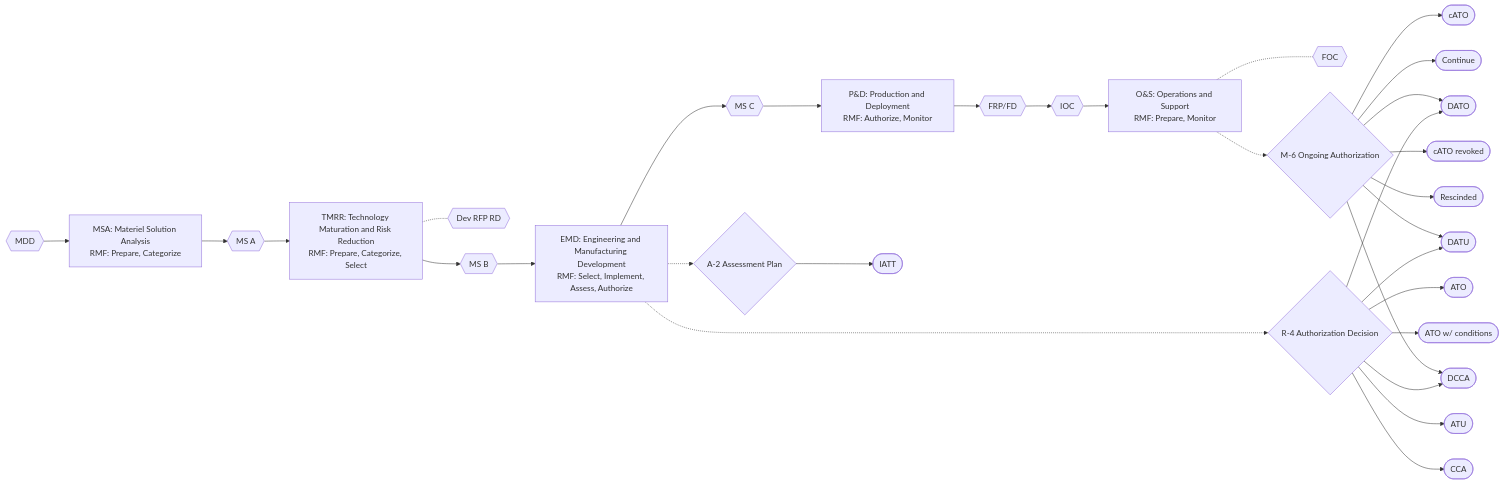
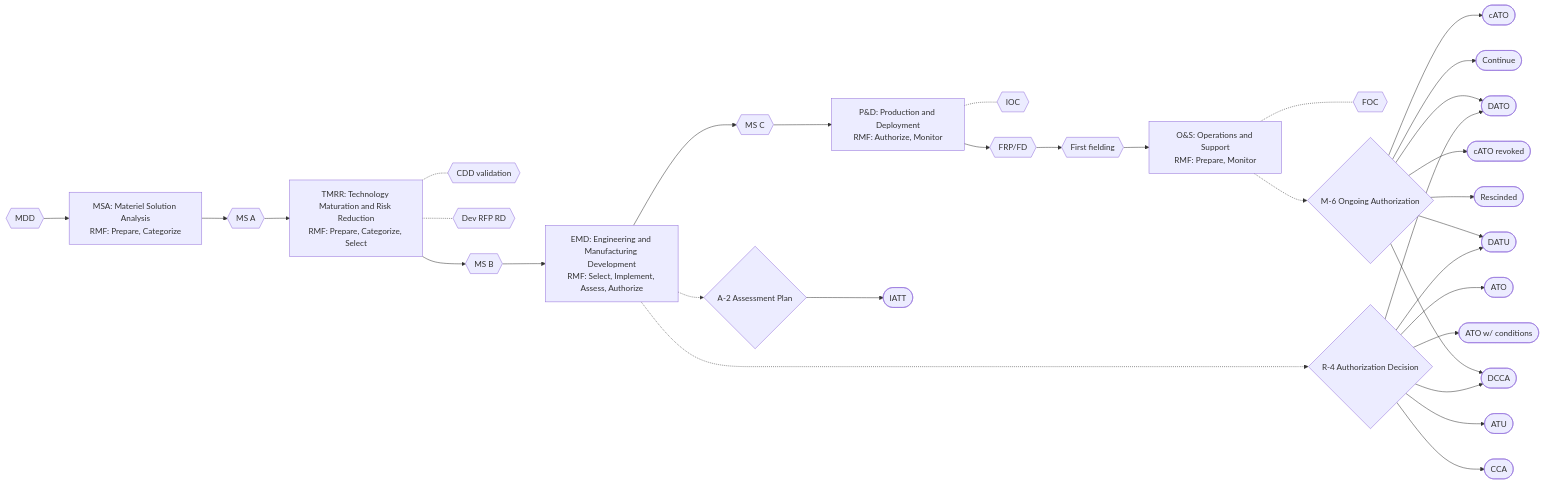
Before and after one commit to jrgutier/rmf-ato-tool: the diagram in MANUAL.md, drawn with Mermaid. The commit also changed other lines of this file and 73 other files, not shown here.

````diff
--- a/MANUAL.md
+++ b/MANUAL.md
@@ -87,34 +87,36 @@
 ```mermaid
 flowchart LR
   MS_MDD{{"MDD"}}
   MS_MDD --> PH_MSA["MSA: Materiel Solution Analysis<br/>RMF: Prepare, Categorize"]
   PH_MSA --> MS_A{{"MS A"}}
   MS_A --> PH_TMRR["TMRR: Technology Maturation and Risk Reduction<br/>RMF: Prepare, Categorize, Select"]
+  PH_TMRR -.- MS_CDDV{{"CDD validation"}}
   PH_TMRR -.- MS_DRFPRD{{"Dev RFP RD"}}
   PH_TMRR --> MS_B{{"MS B"}}
   MS_B --> PH_EMD["EMD: Engineering and Manufacturing Development<br/>RMF: Select, Implement, Assess, Authorize"]
   PH_EMD --> MS_C{{"MS C"}}
   MS_C --> PH_PD["P#amp;D: Production and Deployment<br/>RMF: Authorize, Monitor"]
+  PH_PD -.- MS_IOC{{"IOC"}}
   PH_PD --> MS_FRP{{"FRP/FD"}}
-  MS_FRP --> MS_IOC{{"IOC"}}
-  MS_IOC --> PH_OS["O#amp;S: Operations and Support<br/>RMF: Prepare, Monitor"]
+  MS_FRP --> MS_FIELD{{"First fielding"}}
+  MS_FIELD --> PH_OS["O#amp;S: Operations and Support<br/>RMF: Prepare, Monitor"]
   PH_OS -.- MS_FOC{{"FOC"}}
   PH_EMD -.-> A_2{"A-2 Assessment Plan"}
   A_2 --> AD_IATT(["IATT"])
   PH_EMD -.-> R_4{"R-4 Authorization Decision"}
   R_4 --> AD_ATO(["ATO"])
   R_4 --> AD_ATOC(["ATO w/ conditions"])
   R_4 --> AD_DATO(["DATO"])
   R_4 --> AD_ATU(["ATU"])
   R_4 --> AD_DATU(["DATU"])
   R_4 --> AD_CCA(["CCA"])
   R_4 --> AD_DCCA(["DCCA"])
   PH_OS -.-> M_6{"M-6 Ongoing Authorization"}
   M_6 --> AD_DATO(["DATO"])
   M_6 --> AD_CATO(["cATO"])
   M_6 --> AD_DATU(["DATU"])
   M_6 --> AD_DCCA(["DCCA"])
   M_6 --> AD_CONT(["Continue"])
   M_6 --> AD_RCATO(["cATO revoked"])
   M_6 --> AD_RESC(["Rescinded"])
 ```
````
